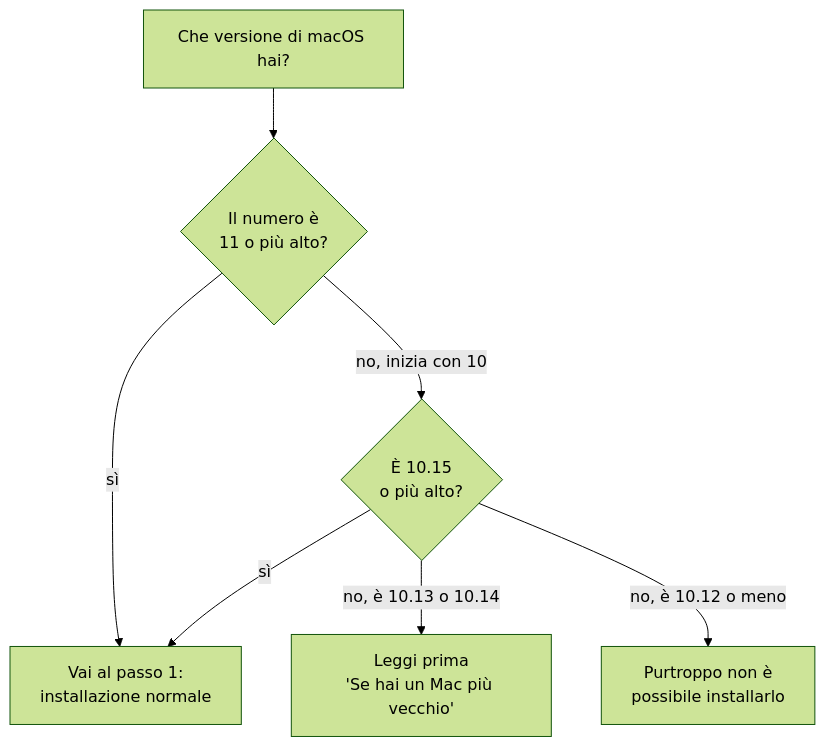
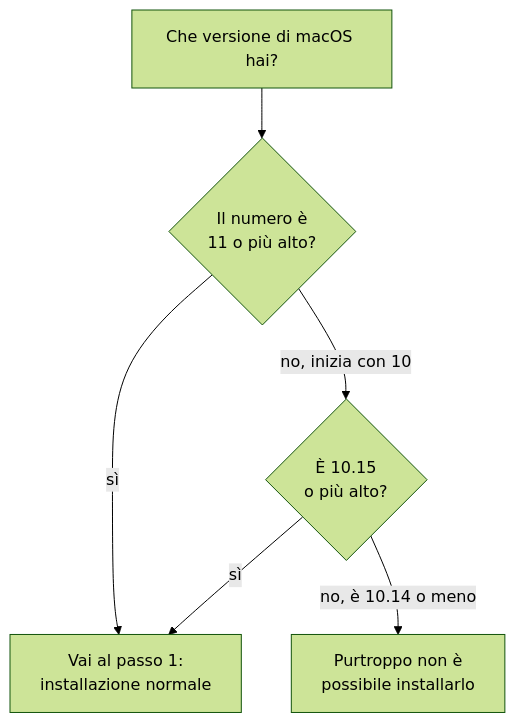
Before and after one commit to alergyonthestage/ytdl: the diagram in docs/guida-installazione.md, drawn with Mermaid (forest theme). The commit also changed other lines of this file and 2 other files, not shown here.

````diff
--- a/docs/guida-installazione.md
+++ b/docs/guida-installazione.md
@@ -23,9 +23,8 @@
 ```mermaid
 flowchart TD
     A[Che versione di macOS hai?] --> B{Il numero è<br/>11 o più alto?}
     B -->|sì| C[Vai al passo 1:<br/>installazione normale]
     B -->|no, inizia con 10| D{È 10.15<br/>o più alto?}
     D -->|sì| C
-    D -->|no, è 10.13 o 10.14| E[Leggi prima<br/>'Se hai un Mac più vecchio']
-    D -->|no, è 10.12 o meno| F[Purtroppo non è<br/>possibile installarlo]
+    D -->|no, è 10.14 o meno| F[Purtroppo non è<br/>possibile installarlo]
 ```
````
